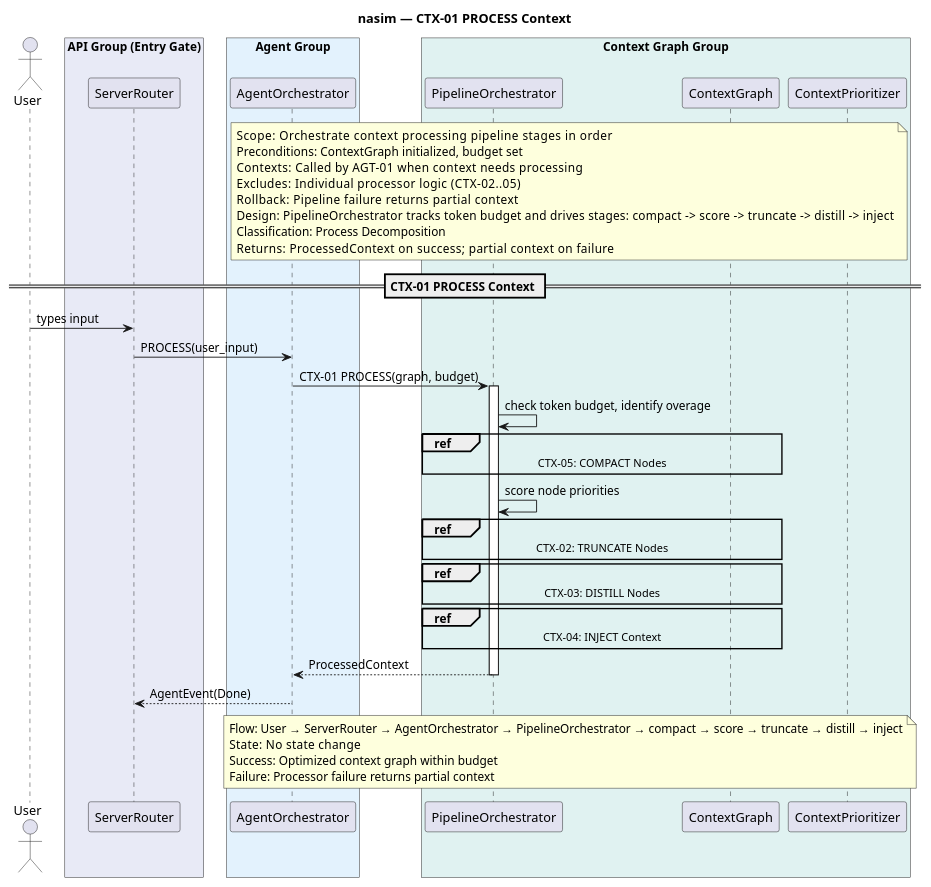
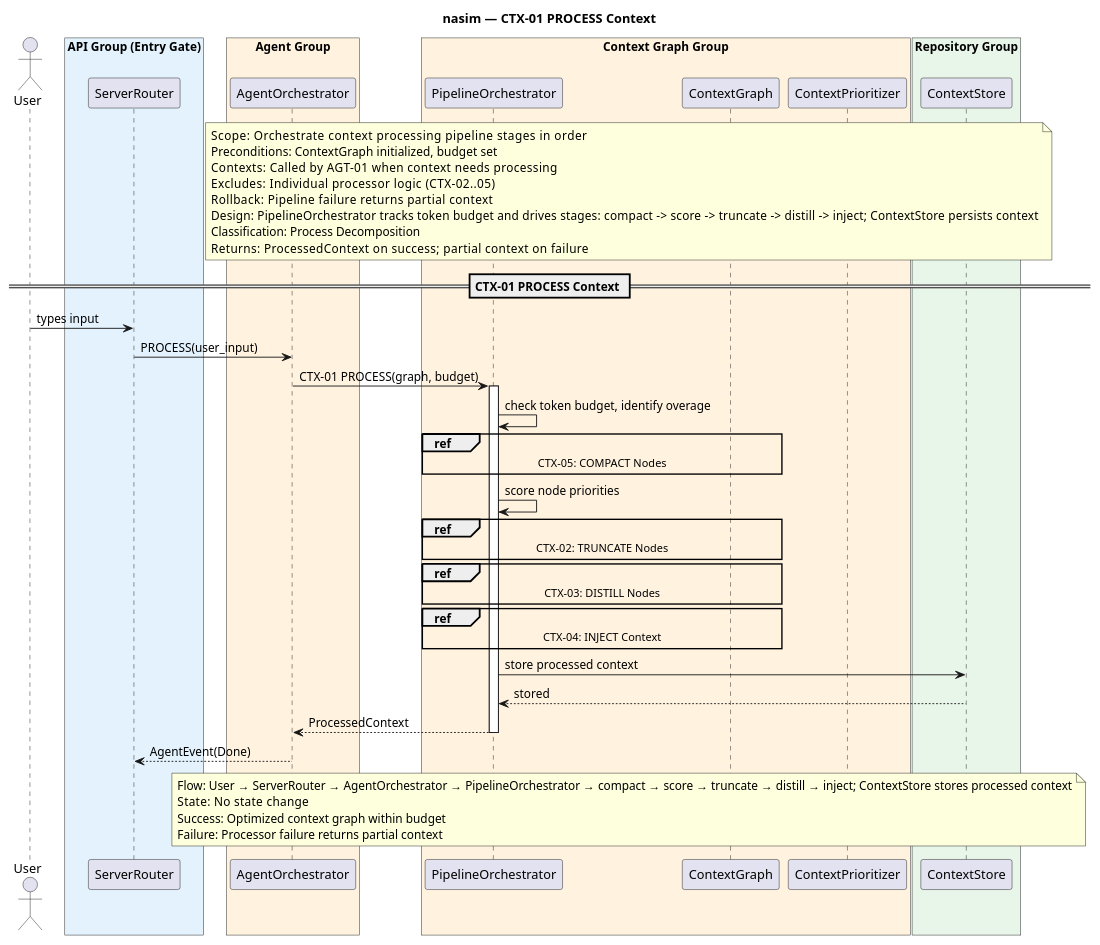
Before and after one commit to salimnamvar/nasim: the diagram in docs/SQ/CTX/sq_ctx01_process_context.puml, drawn with PlantUML. The commit also changed 193 other files, not shown here.

First line of the commit message:
docs: Add role prompts and documentation for architectural refinement

```diff
--- a/docs/SQ/CTX/sq_ctx01_process_context.puml
+++ b/docs/SQ/CTX/sq_ctx01_process_context.puml
@@ -1,78 +1,83 @@
 @startuml sq_ctx01_process_context
 ' ============================================================
 ' Title:     CTX-01 — PROCESS Context
 ' Boundary:  nasim code agent
 ' Purpose:   Orchestrate context processing pipeline stages
 ' Milestone: v1.0
 ' Version:   9.1.0
 ' Source:    CAR refinement loop — API-First transformation
 ' Review:    CAR audit 2026-06-26 (moved PipelineOrchestrator to Context Graph Group, removed TokenBudgetTracker phantom)
 ' ============================================================
 
 title nasim — CTX-01 PROCESS Context
 
 actor "User" as user
 
-box "API Group (Entry Gate)" #E8EAF6
+box "API Group (Entry Gate)" #E3F2FD
   participant "ServerRouter" as router
 end box
-box "Agent Group" #E3F2FD
+box "Agent Group" #FFF3E0
   participant "AgentOrchestrator" as agent
 end box
-box "Context Graph Group" #E0F2F1
+box "Context Graph Group" #FFF3E0
   participant "PipelineOrchestrator" as pipeline
   participant "ContextGraph" as graph
   participant "ContextPrioritizer" as prioritizer
 end box
+box "Repository Group" #E8F5E9
+  participant "ContextStore" as ctx_store
+end box
 
-note over agent, prioritizer
+note over agent, ctx_store
   Scope:          Orchestrate context processing pipeline stages in order
   Preconditions:  ContextGraph initialized, budget set
   Contexts:       Called by AGT-01 when context needs processing
   Excludes:       Individual processor logic (CTX-02..05)
   Rollback:       Pipeline failure returns partial context
-  Design:         PipelineOrchestrator tracks token budget and drives stages: compact -> score -> truncate -> distill -> inject
+  Design:         PipelineOrchestrator tracks token budget and drives stages: compact -> score -> truncate -> distill -> inject; ContextStore persists context
   Classification: Process Decomposition
   Returns:        ProcessedContext on success; partial context on failure
 end note
 
 == CTX-01 PROCESS Context ==
 
 user -> router : types input
 router -> agent : PROCESS(user_input)
 agent -> pipeline : CTX-01 PROCESS(graph, budget)
 activate pipeline
 
 pipeline -> pipeline : check token budget, identify overage
 
 ref over pipeline, graph
   CTX-05: COMPACT Nodes
 end ref
 
 pipeline -> pipeline : score node priorities
 
 ref over pipeline, graph
   CTX-02: TRUNCATE Nodes
 end ref
 
 ref over pipeline, graph
   CTX-03: DISTILL Nodes
 end ref
 
 ref over pipeline, graph
   CTX-04: INJECT Context
 end ref
 
+pipeline -> ctx_store : store processed context
+ctx_store --> pipeline : stored
 pipeline --> agent : ProcessedContext
 deactivate pipeline
 
 agent --> router : AgentEvent(Done)
 
-note over agent, prioritizer
-  Flow:    User → ServerRouter → AgentOrchestrator → PipelineOrchestrator → compact → score → truncate → distill → inject
+note over agent, ctx_store
+  Flow:    User → ServerRouter → AgentOrchestrator → PipelineOrchestrator → compact → score → truncate → distill → inject; ContextStore stores processed context
   State:   No state change
   Success: Optimized context graph within budget
   Failure: Processor failure returns partial context
 end note
 
 @enduml
```
